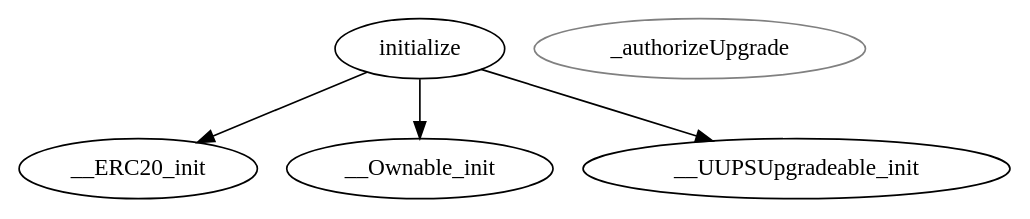
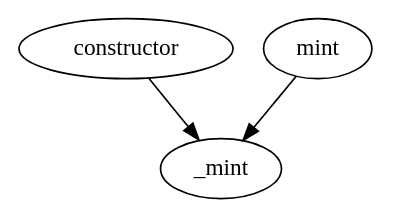
Before and after one commit to jellydn/dapp-token-ico: the diagram in graph/ITManToken.dot, drawn with Graphviz. The commit also changed 27 other files, not shown here.

```diff
--- a/graph/ITManToken.dot
+++ b/graph/ITManToken.dot
@@ -1,10 +1,7 @@
 strict digraph {
-  initialize
-  __ERC20_init
-  __Ownable_init
-  __UUPSUpgradeable_init
-  _authorizeUpgrade [color=gray]
-  initialize -> __ERC20_init
-  initialize -> __Ownable_init
-  initialize -> __UUPSUpgradeable_init
+  constructor
+  _mint
+  mint
+  constructor -> _mint
+  mint -> _mint
 }
```
